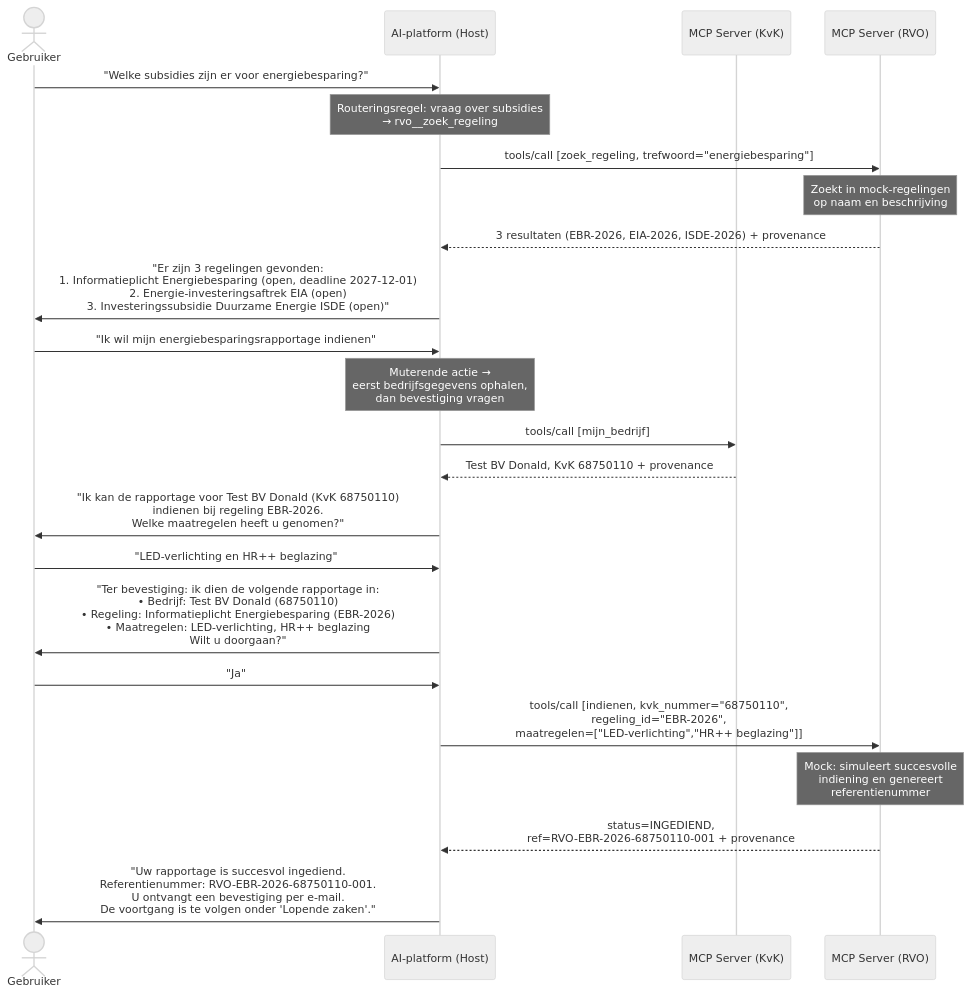
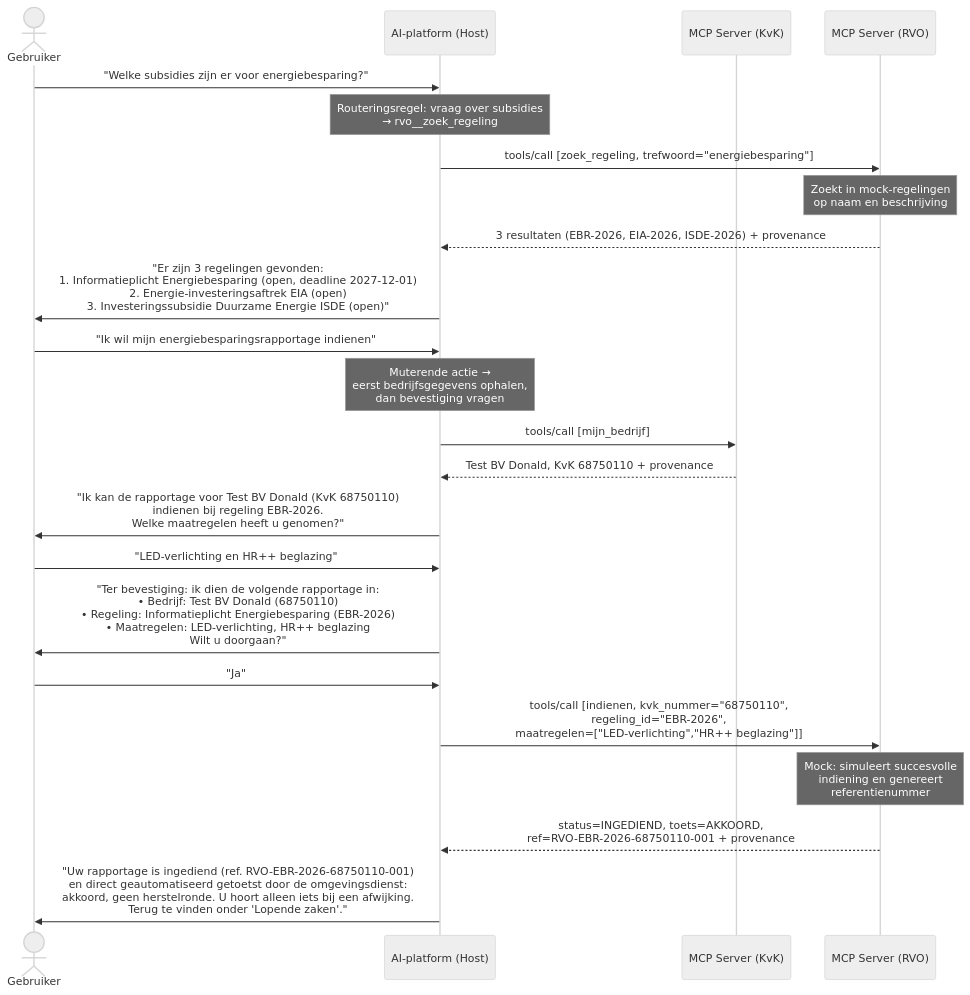
Before and after one commit to MinBZK/moza-poc-digitale-assistent: the fifth of 6 diagrams in docs/architecture.md, drawn with Mermaid (neutral theme). The commit also changed other lines of this file and 5 other files, not shown here.

````diff
--- a/docs/architecture.md
+++ b/docs/architecture.md
@@ -183,29 +191,29 @@
 ```mermaid
 sequenceDiagram
     actor Gebruiker
     participant Host as AI-platform (Host)
     participant KvK as MCP Server (KvK)
     participant RVO as MCP Server (RVO)
 
     Gebruiker->>Host: "Welke subsidies zijn er voor energiebesparing?"
     Note over Host: Routeringsregel: vraag over subsidies<br/>→ rvo__zoek_regeling
     Host->>RVO: tools/call [zoek_regeling, trefwoord="energiebesparing"]
     Note over RVO: Zoekt in mock-regelingen<br/>op naam en beschrijving
     RVO-->>Host: 3 resultaten (EBR-2026, EIA-2026, ISDE-2026) + provenance
     Host->>Gebruiker: "Er zijn 3 regelingen gevonden:<br/>1. Informatieplicht Energiebesparing (open, deadline 2027-12-01)<br/>2. Energie-investeringsaftrek EIA (open)<br/>3. Investeringssubsidie Duurzame Energie ISDE (open)"
 
     Gebruiker->>Host: "Ik wil mijn energiebesparingsrapportage indienen"
     Note over Host: Muterende actie →<br/>eerst bedrijfsgegevens ophalen,<br/>dan bevestiging vragen
     Host->>KvK: tools/call [mijn_bedrijf]
     KvK-->>Host: Test BV Donald, KvK 68750110 + provenance
     Host->>Gebruiker: "Ik kan de rapportage voor Test BV Donald (KvK 68750110)<br/>indienen bij regeling EBR-2026.<br/>Welke maatregelen heeft u genomen?"
 
     Gebruiker->>Host: "LED-verlichting en HR++ beglazing"
     Host->>Gebruiker: "Ter bevestiging: ik dien de volgende rapportage in:<br/>• Bedrijf: Test BV Donald (68750110)<br/>• Regeling: Informatieplicht Energiebesparing (EBR-2026)<br/>• Maatregelen: LED-verlichting, HR++ beglazing<br/>Wilt u doorgaan?"
 
     Gebruiker->>Host: "Ja"
     Host->>RVO: tools/call [indienen, kvk_nummer="68750110",<br/>regeling_id="EBR-2026",<br/>maatregelen=["LED-verlichting","HR++ beglazing"]]
     Note over RVO: Mock: simuleert succesvolle<br/>indiening en genereert<br/>referentienummer
-    RVO-->>Host: status=INGEDIEND,<br/>ref=RVO-EBR-2026-68750110-001 + provenance
-    Host->>Gebruiker: "Uw rapportage is succesvol ingediend.<br/>Referentienummer: RVO-EBR-2026-68750110-001.<br/>U ontvangt een bevestiging per e-mail.<br/>De voortgang is te volgen onder 'Lopende zaken'."
+    RVO-->>Host: status=INGEDIEND, toets=AKKOORD,<br/>ref=RVO-EBR-2026-68750110-001 + provenance
+    Host->>Gebruiker: "Uw rapportage is ingediend (ref. RVO-EBR-2026-68750110-001)<br/>en direct geautomatiseerd getoetst door de omgevingsdienst:<br/>akkoord, geen herstelronde. U hoort alleen iets bij een afwijking.<br/>Terug te vinden onder 'Lopende zaken'."
 ```
````
